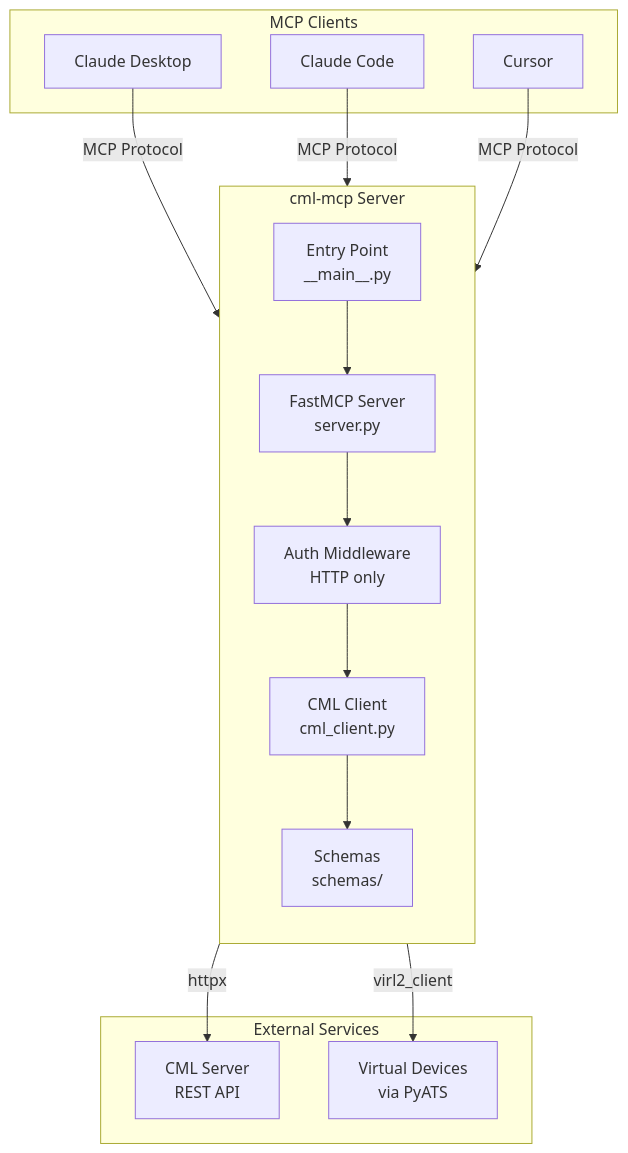
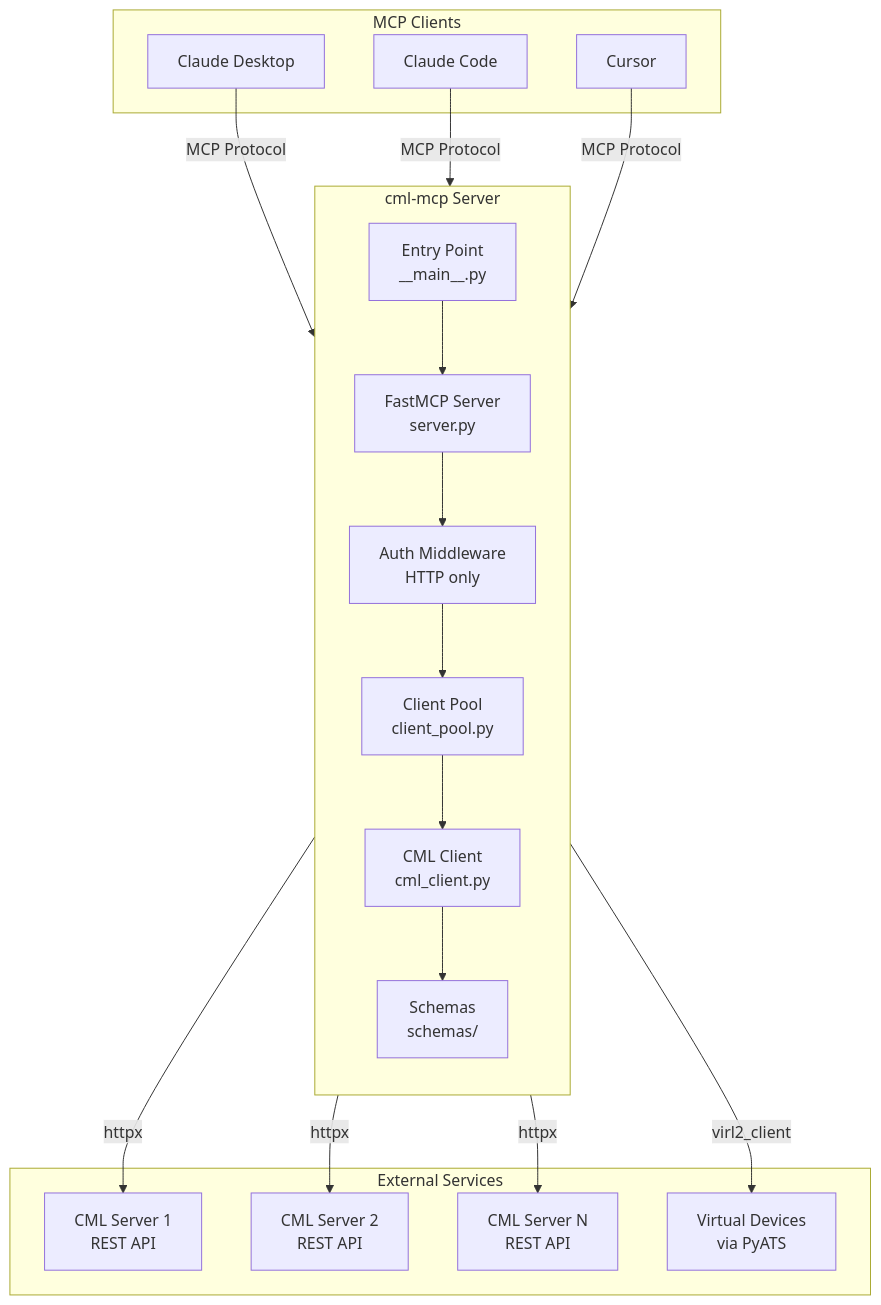
The first of 10 diagrams in docs/architecture.md (xorrkaz/cml-mcp), drawn with Mermaid before and after one commit. The commit also changed other lines of this file and 3 other files, not shown here.

````diff
--- a/docs/architecture.md
+++ b/docs/architecture.md
@@ -7,30 +7,34 @@
 ```mermaid
 graph TB
     subgraph "MCP Clients"
         CD[Claude Desktop]
         CC[Claude Code]
         CU[Cursor]
     end
     
     subgraph "cml-mcp Server"
         direction TB
         EP[Entry Point<br/>__main__.py]
         FM[FastMCP Server<br/>server.py]
         MW[Auth Middleware<br/>HTTP only]
+        CP[Client Pool<br/>client_pool.py]
         CL[CML Client<br/>cml_client.py]
         SC[Schemas<br/>schemas/]
     end
     
     subgraph "External Services"
-        CML[CML Server<br/>REST API]
+        CML1[CML Server 1<br/>REST API]
+        CML2[CML Server 2<br/>REST API]
+        CMLN[CML Server N<br/>REST API]
         DEV[Virtual Devices<br/>via PyATS]
     end
     
     CD & CC & CU -->|MCP Protocol| EP
     EP --> FM
     FM --> MW
-    MW --> CL
+    MW --> CP
+    CP --> CL
     CL --> SC
-    CL -->|httpx| CML
+    CL -->|httpx| CML1 & CML2 & CMLN
     CL -->|virl2_client| DEV
 ```
````
